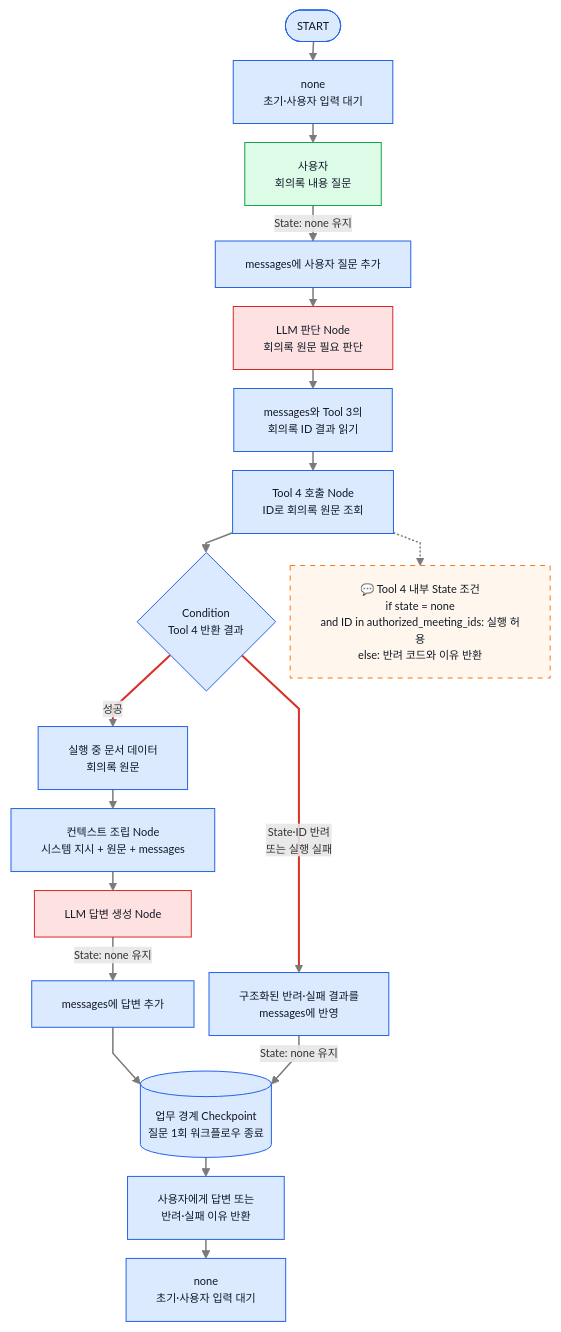
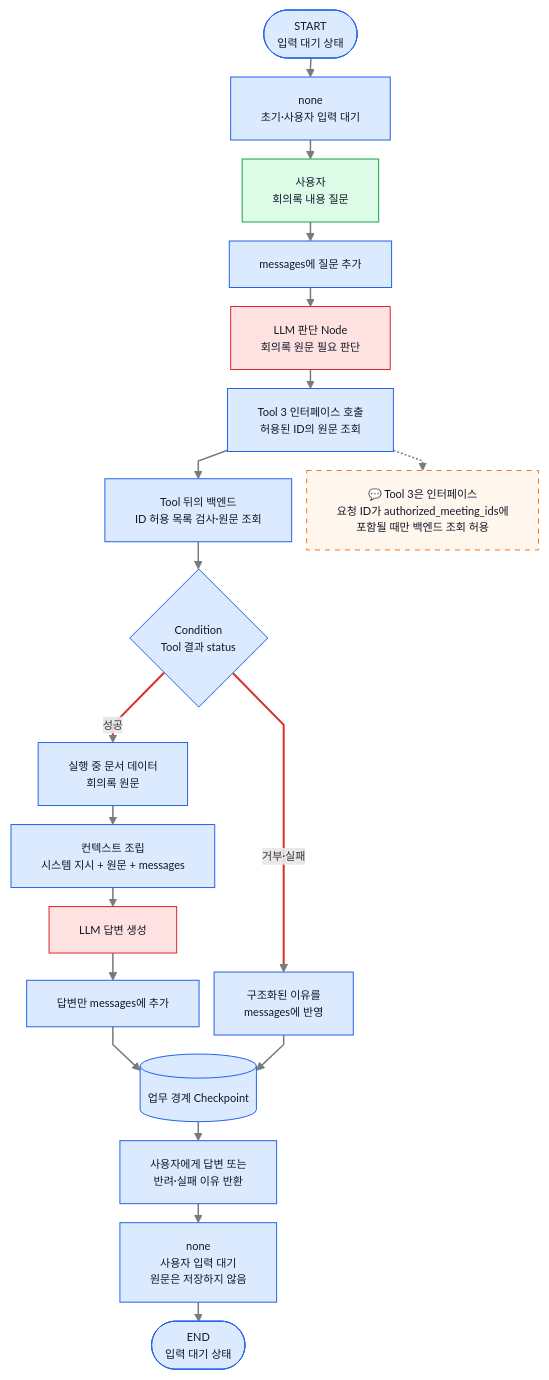
Before and after one commit to ericyum/Obsidian: the tenth of 10 diagrams in ZENAI/에이전트 설계/회의록 에이전트 설계/1. 회의록 에이전트 워크플로우 graph 정의.md, drawn with Mermaid. The commit also changed other lines of this file and 11 other files, not shown here.

````diff
--- a/ZENAI/에이전트 설계/회의록 에이전트 설계/1. 회의록 에이전트 워크플로우 graph 정의.md
+++ b/ZENAI/에이전트 설계/회의록 에이전트 설계/1. 회의록 에이전트 워크플로우 graph 정의.md
@@ -544,31 +440,32 @@
 ```mermaid
 %%{init: {"flowchart": {"useMaxWidth": true, "nodeSpacing": 15, "rankSpacing": 19, "curve": "linear"}, "themeVariables": {"fontSize": "11px"}}}%%
 flowchart TB
-    S(["START"]) --> W1["none<br/>초기·사용자 입력 대기"]
-    W1 --> U["사용자<br/>회의록 내용 질문"]
-    U -->|"State: none 유지"| SQ["messages에 사용자 질문 추가"]
+    S(["START<br/>입력 대기 상태"]) --> ST["none<br/>초기·사용자 입력 대기"]
+    ST --> U["사용자<br/>회의록 내용 질문"]
+    U --> SQ["messages에 질문 추가"]
     SQ --> A["LLM 판단 Node<br/>회의록 원문 필요 판단"]
-    A --> ST["messages와 Tool 3의<br/>회의록 ID 결과 읽기"]
-    ST --> T6["Tool 4 호출 Node<br/>ID로 회의록 원문 조회"]
-    T6 --> R6{"Condition<br/>Tool 4 반환 결과"}
-    R6 -->|"성공"| DOC["실행 중 문서 데이터<br/>회의록 원문"]
-    R6 -->|"State·ID 반려<br/>또는 실행 실패"| E6["구조화된 반려·실패 결과를<br/>messages에 반영"]
-    DOC --> CTX["컨텍스트 조립 Node<br/>시스템 지시 + 원문 + messages"]
-    CTX --> L["LLM 답변 생성 Node"]
-    L -->|"State: none 유지"| SU["messages에 답변 추가"]
-    SU --> CP[("업무 경계 Checkpoint<br/>질문 1회 워크플로우 종료")]
-    E6 -->|"State: none 유지"| CP
+    A --> T3["Tool 3 인터페이스 호출<br/>허용된 ID의 원문 조회"]
+    T3 --> B["Tool 뒤의 백엔드<br/>ID 허용 목록 검사·원문 조회"]
+    B --> RC{"Condition<br/>Tool 결과 status"}
+    RC -->|"거부·실패"| ER["구조화된 이유를<br/>messages에 반영"]
+    RC -->|"성공"| DOC["실행 중 문서 데이터<br/>회의록 원문"]
+    DOC --> CTX["컨텍스트 조립<br/>시스템 지시 + 원문 + messages"]
+    CTX --> L["LLM 답변 생성"]
+    L --> SU["답변만 messages에 추가"]
+    SU --> CP[("업무 경계 Checkpoint")]
+    ER --> CP
     CP --> R["사용자에게 답변 또는<br/>반려·실패 이유 반환"]
-    R --> W2["none<br/>초기·사용자 입력 대기"]
-    T6 -.-> N6["💬 Tool 4 내부 State 조건<br/>if state = none<br/>and ID in authorized_meeting_ids: 실행 허용<br/>else: 반려 코드와 이유 반환"]
+    R --> FS["none<br/>사용자 입력 대기<br/>원문은 저장하지 않음"]
+    FS --> E(["END<br/>입력 대기 상태"])
+    T3 -.-> NT["💬 Tool 3은 인터페이스<br/>요청 ID가 authorized_meeting_ids에<br/>포함될 때만 백엔드 조회 허용"]
     classDef user fill:#dcfce7,stroke:#16a34a,color:#111827;
     classDef internal fill:#dbeafe,stroke:#2563eb,color:#111827;
     classDef llm fill:#fee2e2,stroke:#dc2626,color:#111827;
-    classDef note fill:#fff7ed,stroke:#f97316,color:#111827,stroke-dasharray: 5 5;
+    classDef note fill:#fff7ed,stroke:#f97316,color:#111827,stroke-dasharray:5 5;
     class U user;
     class A,L llm;
-    class N6 note;
-    class S,W1,W2,SQ,ST,T6,R6,E6,DOC,CTX,SU,CP,R internal;
+    class NT note;
+    class S,ST,SQ,T3,B,RC,ER,DOC,CTX,SU,CP,R,FS,E internal;
     linkStyle default stroke:#7a7a7a,stroke-width:1.5px;
     linkStyle 7,8 stroke:#d93025,stroke-width:2px;
 ```
````
